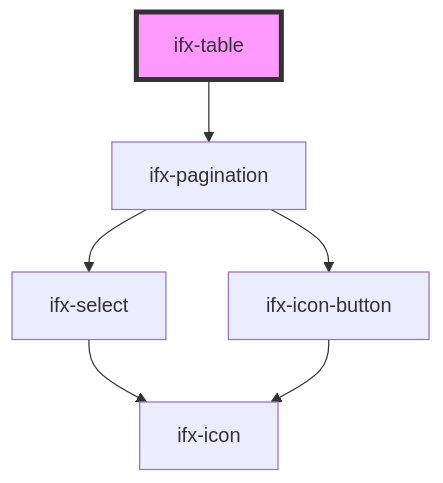
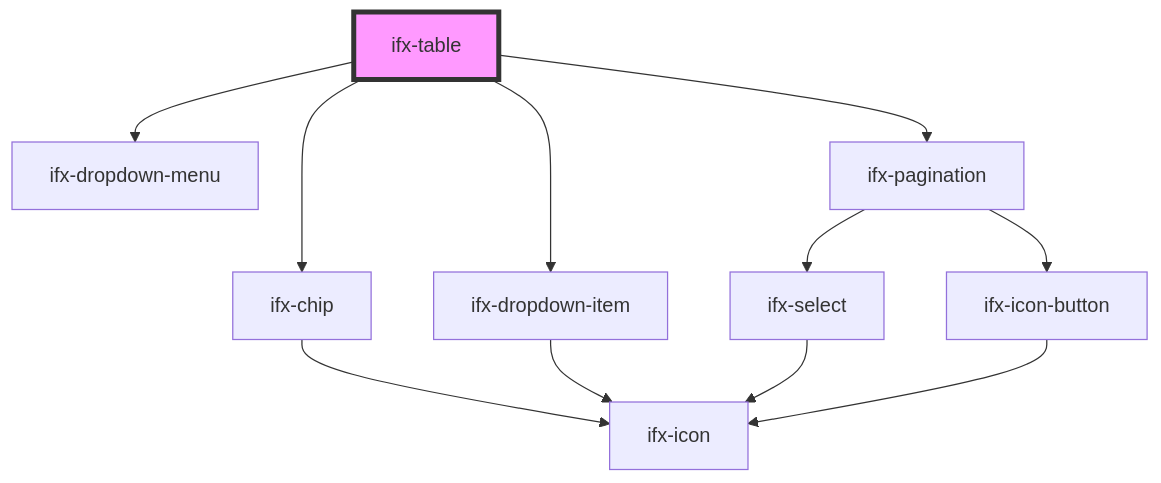
One commit to Infineon/infineon-design-system-stencil changed the diagram in packages/components/src/components/table-advanced-version/readme.md. Above: the diagram before and after it, drawn with Mermaid. The commit also changed other lines of this file and 6 other files, not shown here.

````diff
--- a/packages/components/src/components/table-advanced-version/readme.md
+++ b/packages/components/src/components/table-advanced-version/readme.md
@@ -43,9 +46,14 @@
 ```mermaid
 graph TD;
+  ifx-table --> ifx-chip
+  ifx-table --> ifx-dropdown-menu
+  ifx-table --> ifx-dropdown-item
   ifx-table --> ifx-pagination
+  ifx-chip --> ifx-icon
+  ifx-dropdown-item --> ifx-icon
   ifx-pagination --> ifx-select
   ifx-pagination --> ifx-icon-button
   ifx-select --> ifx-icon
   ifx-icon-button --> ifx-icon
   style ifx-table fill:#f9f,stroke:#333,stroke-width:4px
 ```
````
